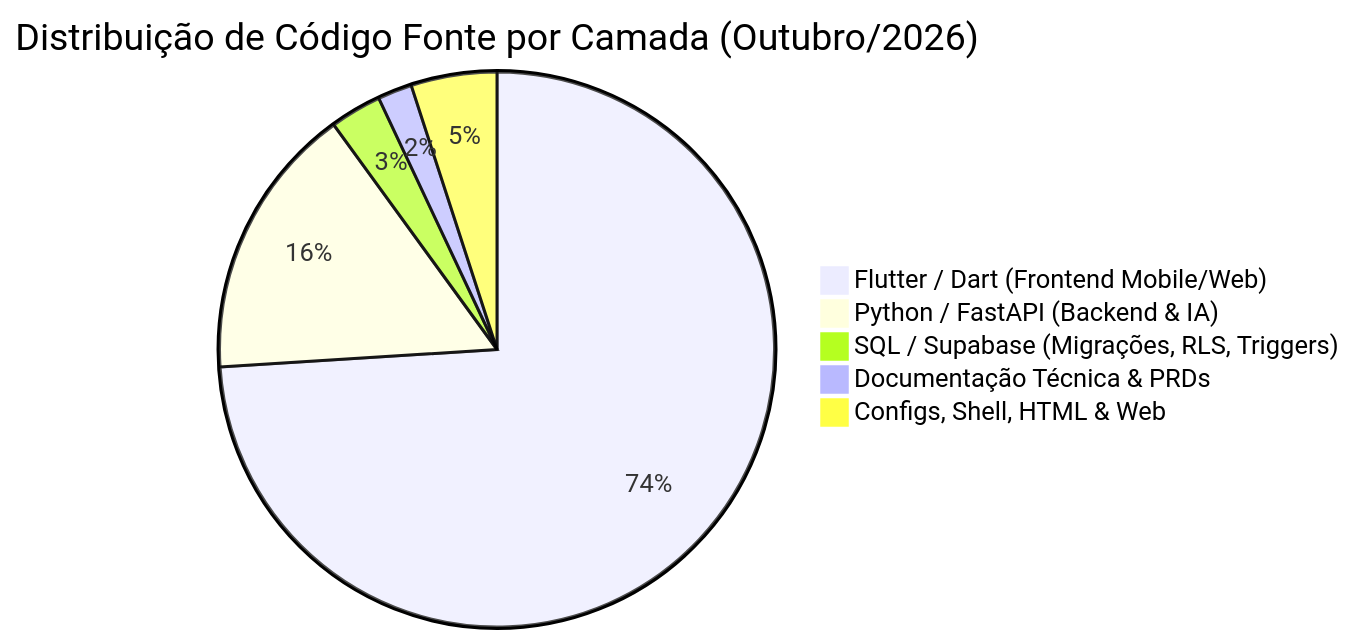
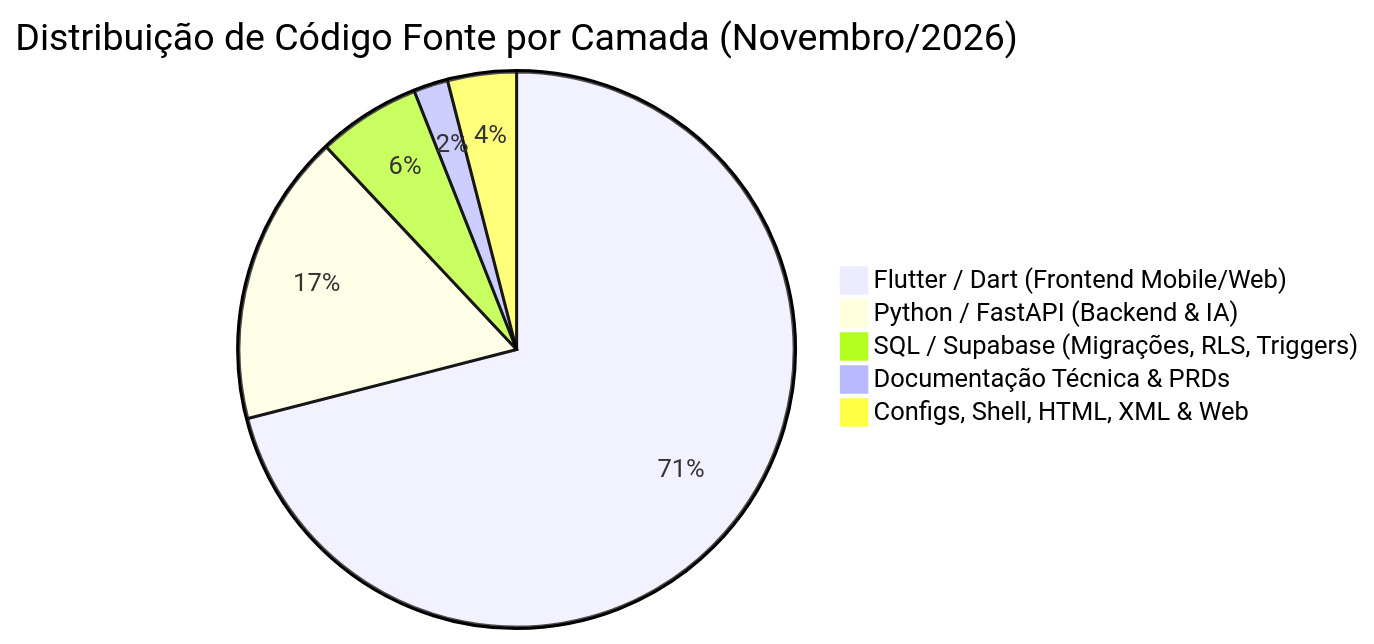
One commit to cleudsonx/B2B-personal-ia changed the diagram in docs/mr_coach_dossie_executivo_institucional.md. Above: the diagram before and after it, drawn with Mermaid. The commit also changed other lines of this file and 1 other file, not shown here.

````diff
--- a/docs/mr_coach_dossie_executivo_institucional.md
+++ b/docs/mr_coach_dossie_executivo_institucional.md
@@ -46,8 +47,8 @@
 ```mermaid
-pie title Distribuição de Código Fonte por Camada (Outubro/2026)
-    "Flutter / Dart (Frontend Mobile/Web)" : 74
-    "Python / FastAPI (Backend & IA)" : 16
-    "SQL / Supabase (Migrações, RLS, Triggers)" : 3
+pie title Distribuição de Código Fonte por Camada (Novembro/2026)
+    "Flutter / Dart (Frontend Mobile/Web)" : 71
+    "Python / FastAPI (Backend & IA)" : 17
+    "SQL / Supabase (Migrações, RLS, Triggers)" : 6
     "Documentação Técnica & PRDs" : 2
-    "Configs, Shell, HTML & Web" : 5
+    "Configs, Shell, HTML, XML & Web" : 4
 ```
````
